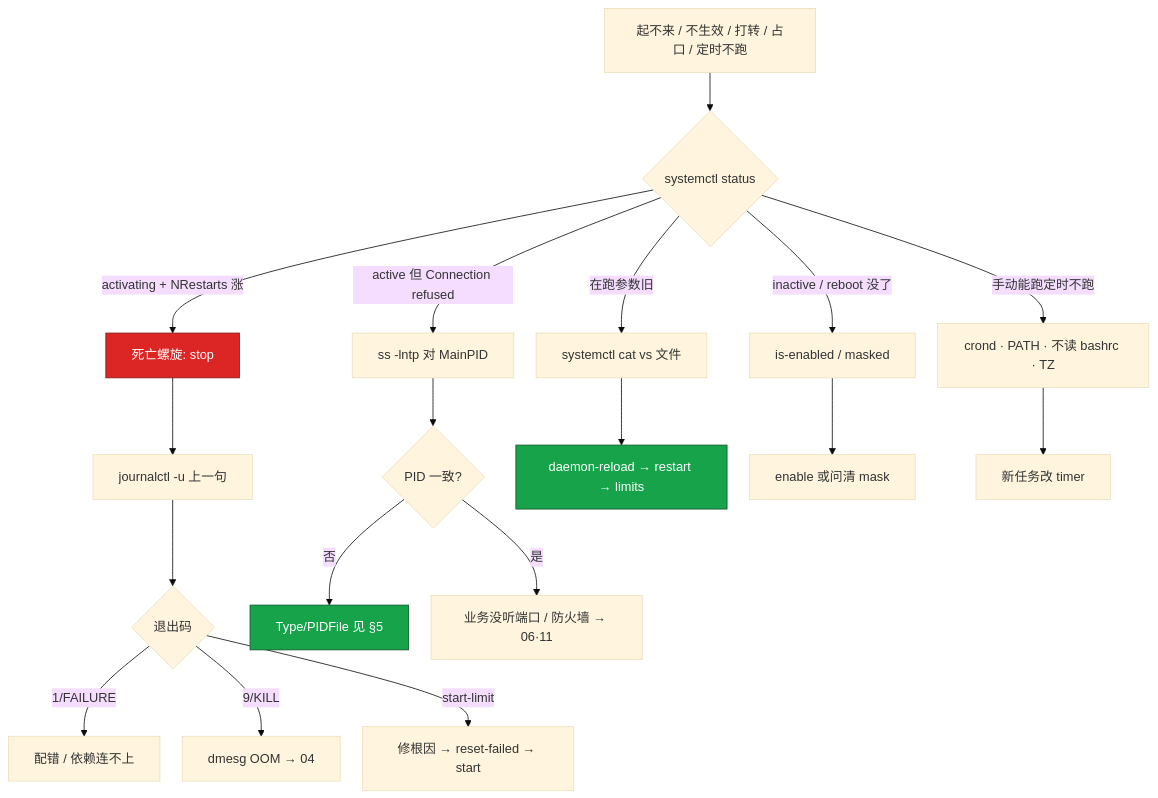
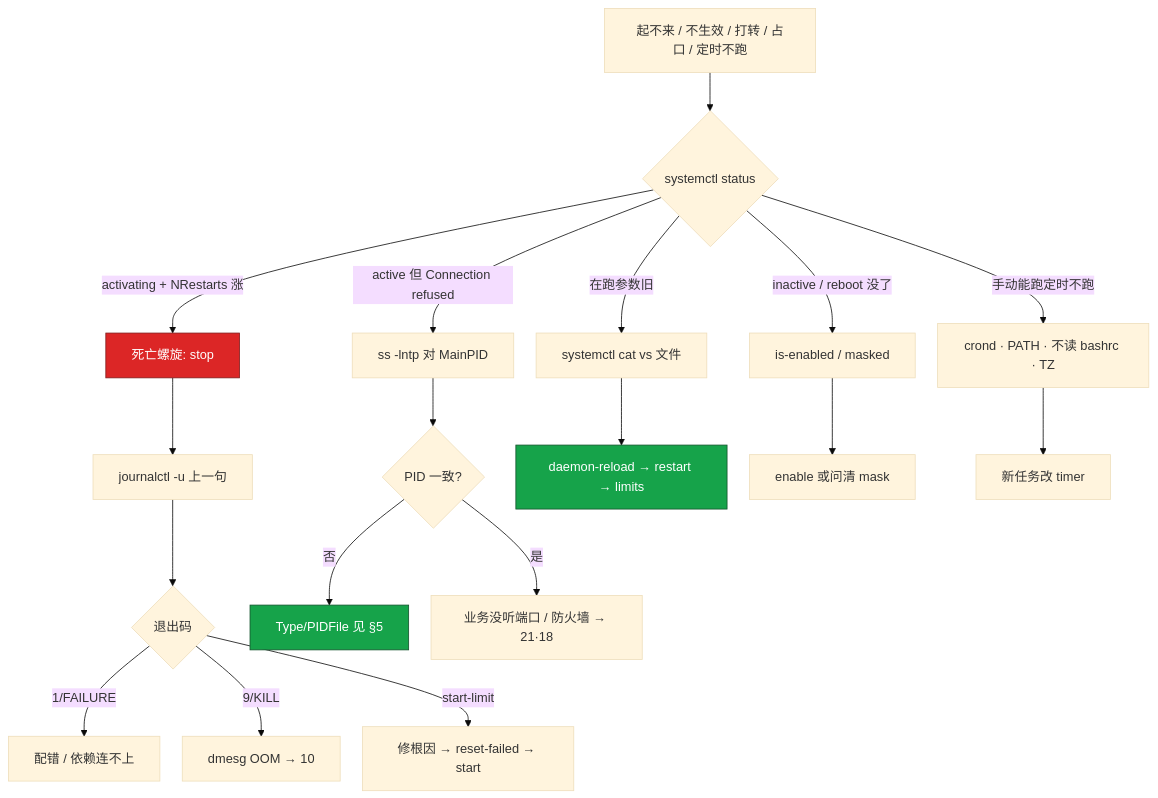
One commit to ml-cuizijun/LearnToLilith changed the eighth of 8 diagrams in 01-基础底座/11-Systemd与服务管理/知识点.md. Above: the diagram before and after it, drawn with Mermaid. The commit also changed other lines of this file and 56 other files, not shown here.

````diff
--- a/01-基础底座/11-Systemd与服务管理/知识点.md
+++ b/01-基础底座/11-Systemd与服务管理/知识点.md
@@ -914,31 +914,31 @@
 ```mermaid
 %%{init: {"flowchart": {"padding": 16, "nodeSpacing": 28, "rankSpacing": 48}, "theme": "base"}}%%
 flowchart TB
     A[起不来 / 不生效 / 打转 / 占口 / 定时不跑] --> B{systemctl status}
 
     B -->|activating + NRestarts 涨| C[死亡螺旋: stop]
     C --> D[journalctl -u 上一句]
     D --> E{退出码}
     E -->|1/FAILURE| F[配错 / 依赖连不上]
-    E -->|9/KILL| G[dmesg OOM → 04]
+    E -->|9/KILL| G[dmesg OOM → 10]
     E -->|start-limit| H[修根因 → reset-failed → start]
 
     B -->|active 但 Connection refused| I[ss -lntp 对 MainPID]
     I --> J{PID 一致?}
     J -->|否| K[Type/PIDFile 见 §5]
-    J -->|是| L[业务没听端口 / 防火墙 → 06·11]
+    J -->|是| L[业务没听端口 / 防火墙 → 21·18]
 
     B -->|在跑参数旧| M[systemctl cat vs 文件]
     M --> N[daemon-reload → restart → limits]
 
     B -->|inactive / reboot 没了| O[is-enabled / masked]
     O --> P[enable 或问清 mask]
 
     B -->|手动能跑定时不跑| Q[crond · PATH · 不读 bashrc · TZ]
     Q --> R[新任务改 timer]
 
     classDef bad fill:#DC2626,stroke:#7F1D1D,color:#fff
     classDef ok fill:#16A34A,stroke:#14532D,color:#fff
     class C bad
     class N,K ok
 ```
````
